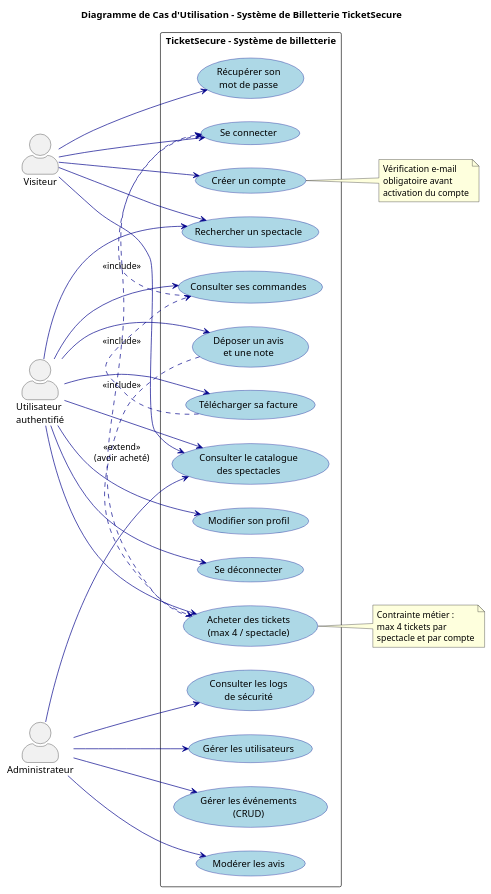
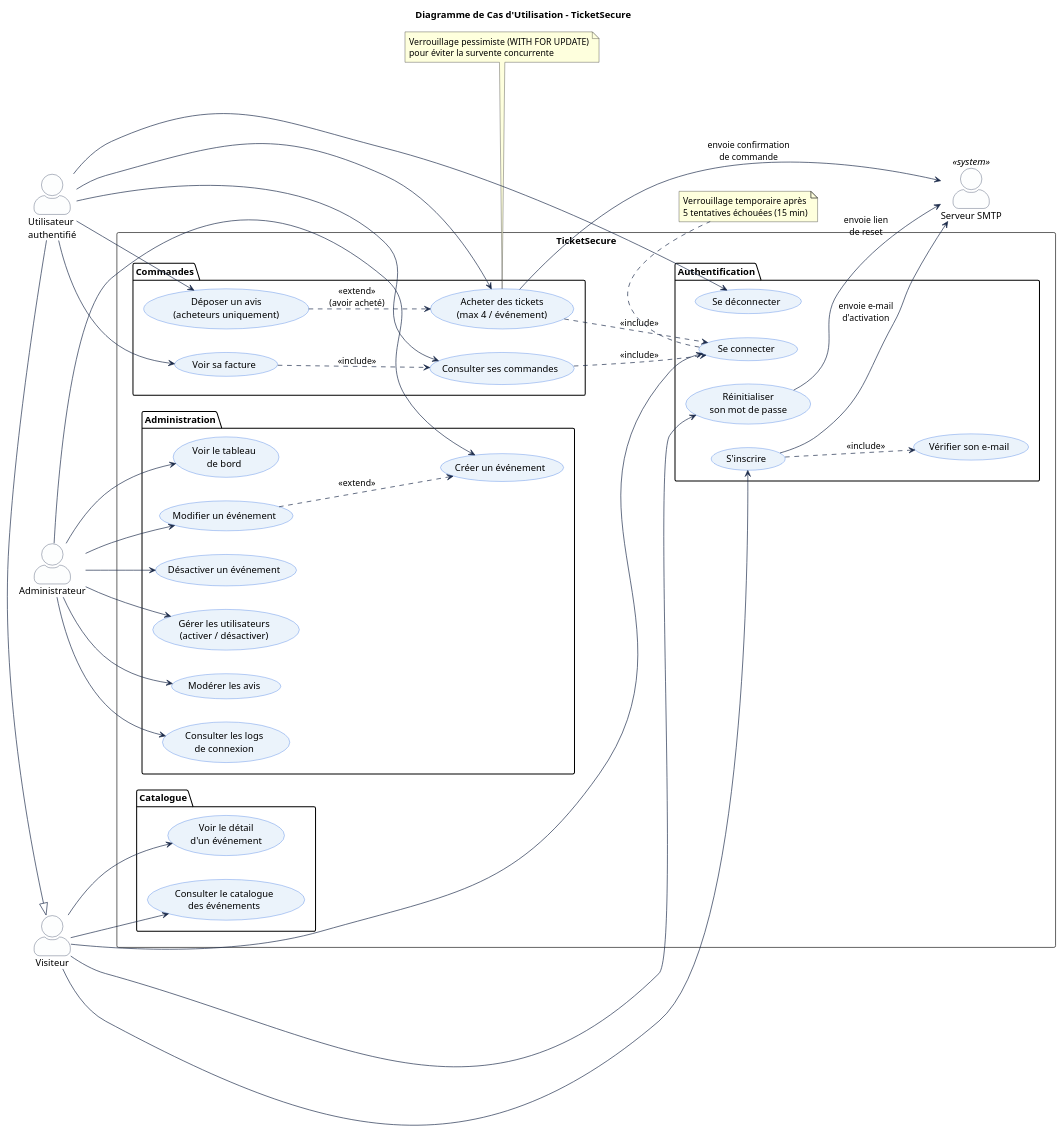
The diagram in docs/diagrams/use_case.puml (Ohorusse/Devin), drawn with PlantUML before and after one commit. The commit also changed 23 other files, not shown here.

Commit message:
Diagrammes detailles

```diff
--- a/docs/diagrams/use_case.puml
+++ b/docs/diagrams/use_case.puml
@@ -1,78 +1,102 @@
-@startuml use_case_billetterie
-title Diagramme de Cas d'Utilisation – Système de Billetterie TicketSecure
+@startuml use_case
+title Diagramme de Cas d'Utilisation – TicketSecure
 
 left to right direction
 skinparam actorStyle awesome
 skinparam usecase {
-  BackgroundColor LightBlue
-  BorderColor DarkBlue
-  ArrowColor DarkBlue
+  BackgroundColor #EBF3FB
+  BorderColor #2D6CDF
+  ArrowColor #1B2A4A
+}
+skinparam actor {
+  BackgroundColor #FDFEFE
+  BorderColor #1B2A4A
 }
 
 actor "Visiteur" as V
 actor "Utilisateur\nauthentifié" as U
 actor "Administrateur" as A
+actor "Serveur SMTP" as SMTP <<system>>
 
-rectangle "TicketSecure – Système de billetterie" {
-  ' Visiteur
-  usecase "Consulter le catalogue\ndes spectacles" as UC1
-  usecase "Rechercher un spectacle" as UC2
-  usecase "Créer un compte" as UC3
-  usecase "Se connecter" as UC4
-  usecase "Récupérer son\nmot de passe" as UC5
+U -|> V
 
-  ' Utilisateur authentifié
-  usecase "Acheter des tickets\n(max 4 / spectacle)" as UC6
-  usecase "Consulter ses commandes" as UC7
-  usecase "Télécharger sa facture" as UC8
-  usecase "Déposer un avis\net une note" as UC9
-  usecase "Modifier son profil" as UC10
-  usecase "Se déconnecter" as UC11
+rectangle "TicketSecure" {
 
-  ' Admin
-  usecase "Gérer les événements\n(CRUD)" as UC12
-  usecase "Modérer les avis" as UC13
-  usecase "Consulter les logs\nde sécurité" as UC14
-  usecase "Gérer les utilisateurs" as UC15
+  package "Authentification" {
+    usecase "S'inscrire" as UC_INSCR
+    usecase "Vérifier son e-mail" as UC_VERIF
+    usecase "Se connecter" as UC_LOGIN
+    usecase "Se déconnecter" as UC_LOGOUT
+    usecase "Réinitialiser\nson mot de passe" as UC_RESET
+  }
+
+  package "Catalogue" {
+    usecase "Consulter le catalogue\ndes événements" as UC_CAT
+    usecase "Voir le détail\nd'un événement" as UC_DETAIL
+  }
+
+  package "Commandes" {
+    usecase "Acheter des tickets\n(max 4 / événement)" as UC_ACHAT
+    usecase "Consulter ses commandes" as UC_CMD
+    usecase "Voir sa facture" as UC_FACT
+    usecase "Déposer un avis\n(acheteurs uniquement)" as UC_AVIS
+  }
+
+  package "Administration" {
+    usecase "Créer un événement" as UC_CREER
+    usecase "Modifier un événement" as UC_MODIF
+    usecase "Désactiver un événement" as UC_DEACT
+    usecase "Gérer les utilisateurs\n(activer / désactiver)" as UC_USERS
+    usecase "Modérer les avis" as UC_MOD
+    usecase "Consulter les logs\nde connexion" as UC_LOGS
+    usecase "Voir le tableau\nde bord" as UC_DASH
+  }
 }
 
-V --> UC1
-V --> UC2
-V --> UC3
-V --> UC4
-V --> UC5
+' Visiteur
+V --> UC_INSCR
+V --> UC_LOGIN
+V --> UC_RESET
+V --> UC_CAT
+V --> UC_DETAIL
 
-U --> UC1
-U --> UC2
-U --> UC6
-U --> UC7
-U --> UC8
-U --> UC9
-U --> UC10
-U --> UC11
+' Utilisateur authentifié
+U --> UC_LOGOUT
+U --> UC_ACHAT
+U --> UC_CMD
+U --> UC_FACT
+U --> UC_AVIS
 
-A --> UC12
-A --> UC13
-A --> UC14
-A --> UC15
-A --> UC1
+' Admin
+A --> UC_DASH
+A --> UC_CREER
+A --> UC_MODIF
+A --> UC_DEACT
+A --> UC_USERS
+A --> UC_MOD
+A --> UC_LOGS
 
 ' Relations include / extend
-UC6 .> UC4 : <<include>>
-UC7 .> UC4 : <<include>>
-UC9 .> UC6 : <<extend>>\n(avoir acheté)
-UC8 .> UC7 : <<include>>
+UC_INSCR ..> UC_VERIF      : <<include>>
+UC_ACHAT ..> UC_LOGIN      : <<include>>
+UC_CMD   ..> UC_LOGIN      : <<include>>
+UC_AVIS  ..> UC_ACHAT      : <<extend>>\n(avoir acheté)
+UC_FACT  ..> UC_CMD        : <<include>>
+UC_MODIF ..> UC_CREER      : <<extend>>
 
-note right of UC6
-  Contrainte métier :
-  max 4 tickets par
-  spectacle et par compte
+' Système SMTP
+UC_INSCR --> SMTP          : envoie e-mail\nd'activation
+UC_RESET --> SMTP          : envoie lien\nde reset
+UC_ACHAT --> SMTP          : envoie confirmation\nde commande
+
+note bottom of UC_ACHAT
+  Verrouillage pessimiste (WITH FOR UPDATE)
+  pour éviter la survente concurrente
 end note
 
-note right of UC3
-  Vérification e-mail
-  obligatoire avant
-  activation du compte
+note bottom of UC_LOGIN
+  Verrouillage temporaire après
+  5 tentatives échouées (15 min)
 end note
 
 @enduml
```
